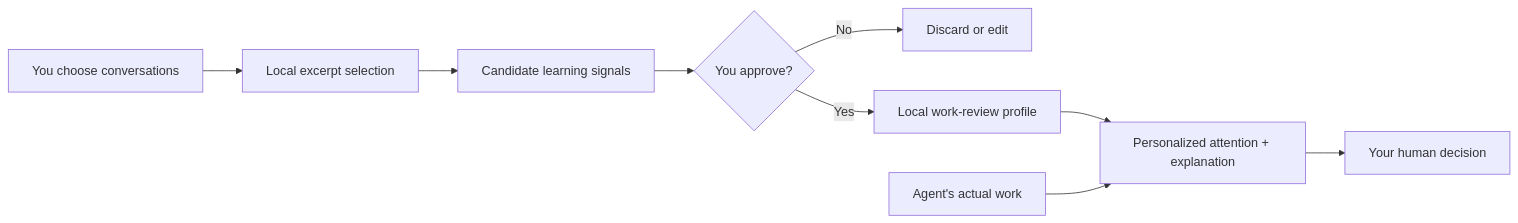
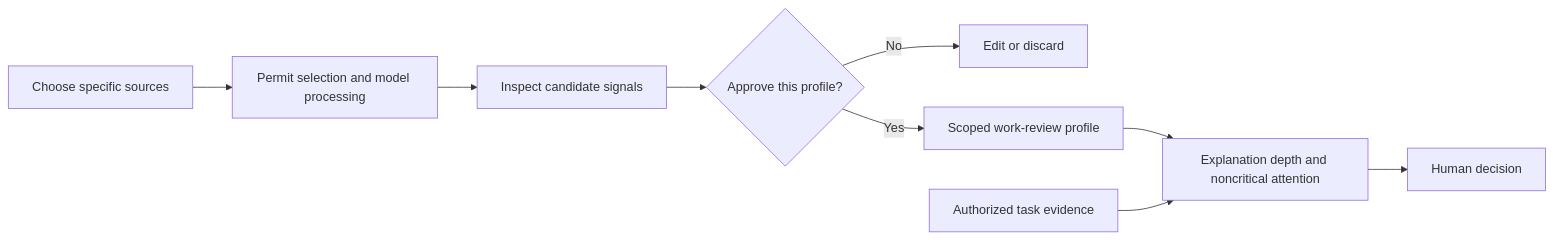
One commit to chenyongssss/maris changed the first of 2 diagrams in README.md. Above: the diagram before and after it, drawn with Mermaid. The commit also changed other lines of this file, not shown here.

````diff
--- a/README.md
+++ b/README.md
@@ -127,11 +109,11 @@
 ```mermaid
 flowchart LR
-  A[You choose conversations] --> B[Local excerpt selection]
-  B --> C[Candidate learning signals]
-  C --> D{You approve?}
-  D -- No --> E[Discard or edit]
-  D -- Yes --> F[Local work-review profile]
-  F --> G[Personalized attention + explanation]
-  H[Agent's actual work] --> G
-  G --> I[Your human decision]
+  A[Choose specific sources] --> B[Permit selection and model processing]
+  B --> C[Inspect candidate signals]
+  C --> D{Approve this profile?}
+  D -- No --> E[Edit or discard]
+  D -- Yes --> F[Scoped work-review profile]
+  F --> G[Explanation depth and noncritical attention]
+  H[Authorized task evidence] --> G
+  G --> I[Human decision]
 ```
````
